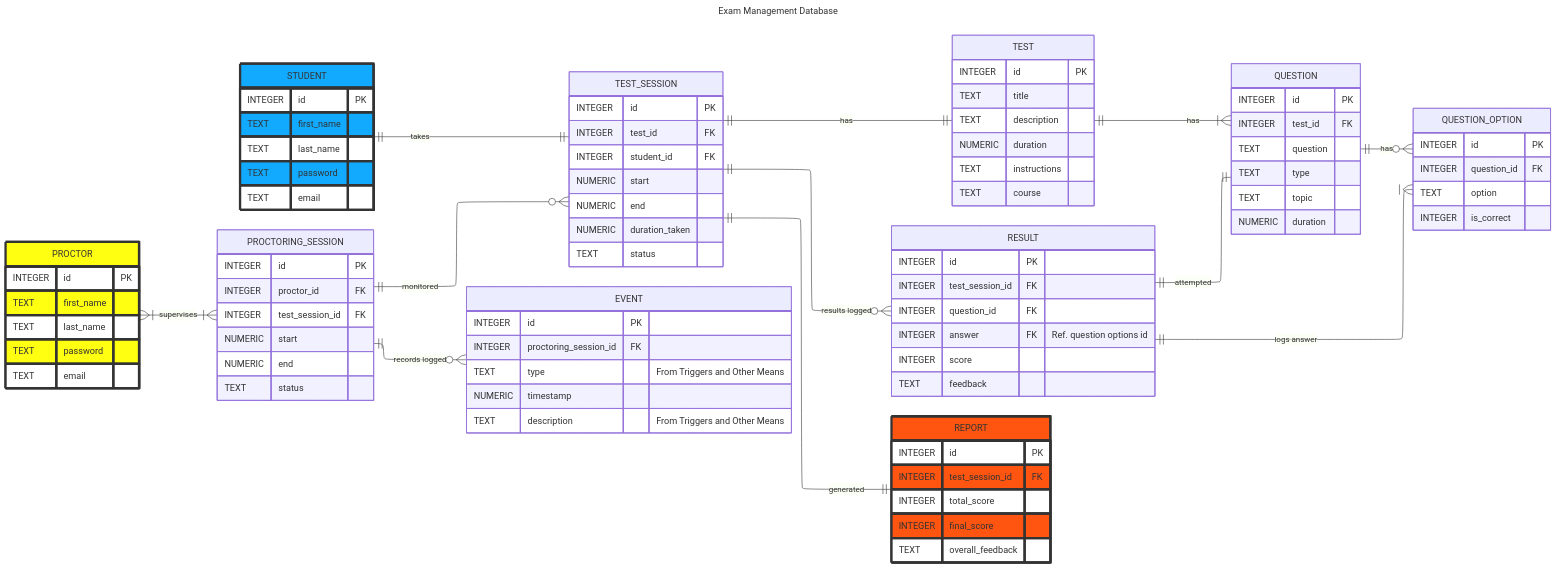
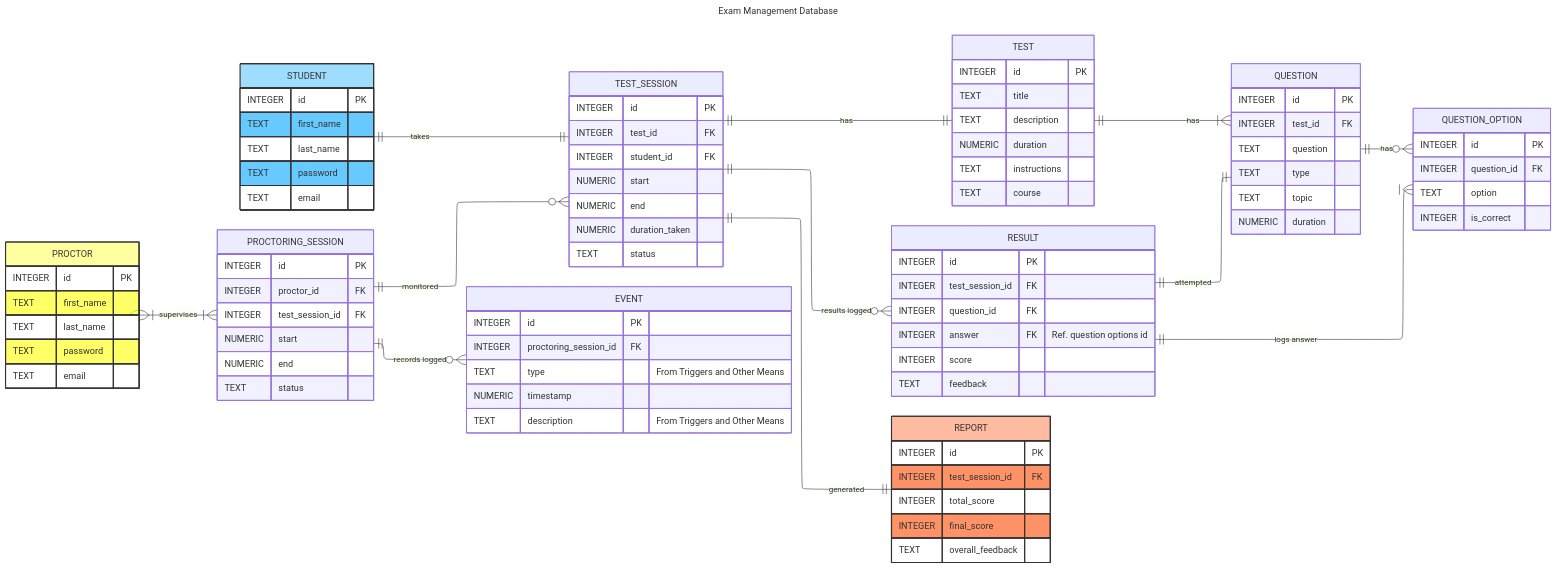
The diagram in design.mmd (mrxsierra/ems-db), drawn with Mermaid before and after one commit. The commit also changed 11 other files, not shown here.

```diff
--- a/design.mmd
+++ b/design.mmd
@@ -1,111 +1,111 @@
 ---
 title: Exam Management Database
 config:
     layout: elk
 ---
 erDiagram
     direction LR
     STUDENT {
         INTEGER id PK
         TEXT first_name
         TEXT last_name
         TEXT password
         TEXT email
     }
 
     TEST {
         INTEGER id PK
         TEXT title
         TEXT description
         NUMERIC duration
         TEXT instructions
         TEXT course
     }
 
     QUESTION {
         INTEGER id PK
         INTEGER test_id FK
         TEXT question
         TEXT type
         TEXT topic
         NUMERIC duration
     }
 
     QUESTION_OPTION {
         INTEGER id PK
         INTEGER question_id FK
         TEXT option
         INTEGER is_correct
     }
 
     TEST_SESSION {
         INTEGER id PK
         INTEGER test_id FK
         INTEGER student_id FK
         NUMERIC start
         NUMERIC end
         NUMERIC duration_taken
         TEXT status
     }
 
     PROCTOR {
         INTEGER id PK
         TEXT first_name
         TEXT last_name
         TEXT password
         TEXT email
     }
 
     PROCTORING_SESSION {
         INTEGER id PK
         INTEGER proctor_id FK
         INTEGER test_session_id FK
         NUMERIC start
         NUMERIC end
         TEXT status
     }
 
     EVENT {
         INTEGER id PK
         INTEGER proctoring_session_id FK
         TEXT type "From Triggers and Other Means"
         NUMERIC timestamp
         TEXT description "From Triggers and Other Means"
     }
 
     RESULT {
         INTEGER id PK
         INTEGER test_session_id FK
         INTEGER question_id FK
         INTEGER answer FK "Ref. question options id"
         INTEGER score
         TEXT feedback
     }
 
     REPORT {
         INTEGER id PK
         INTEGER test_session_id FK
         INTEGER total_score
         INTEGER final_score
         TEXT overall_feedback
     }
 
     STUDENT ||--|| TEST_SESSION : "takes"
 
     TEST ||--|{ QUESTION : "has"
     QUESTION ||--o{ QUESTION_OPTION : "has"
 
     RESULT ||--|| QUESTION : "attempted"
     RESULT ||--|{ QUESTION_OPTION : "logs answer"
     
     TEST_SESSION ||--|| TEST : "has"
     TEST_SESSION ||--o{ RESULT : "results logged"
     TEST_SESSION ||--|| REPORT : "generated"
 
     PROCTOR }|--|{ PROCTORING_SESSION : "supervises"
     PROCTORING_SESSION ||--o{ TEST_SESSION : "monitored"
     PROCTORING_SESSION ||--o{ EVENT: "records logged"
 
-style PROCTOR fill:#ff1,stroke:#333,stroke-width:4px
-style STUDENT fill:#1af,stroke:#333,stroke-width:4px
-style REPORT fill:#f51,stroke:#333,stroke-width:4px
+style PROCTOR fill:#ff16,stroke:#333,stroke-width:2px
+style STUDENT fill:#1af6,stroke:#333,stroke-width:2px
+style REPORT fill:#f516,stroke:#333,stroke-width:2px
```
